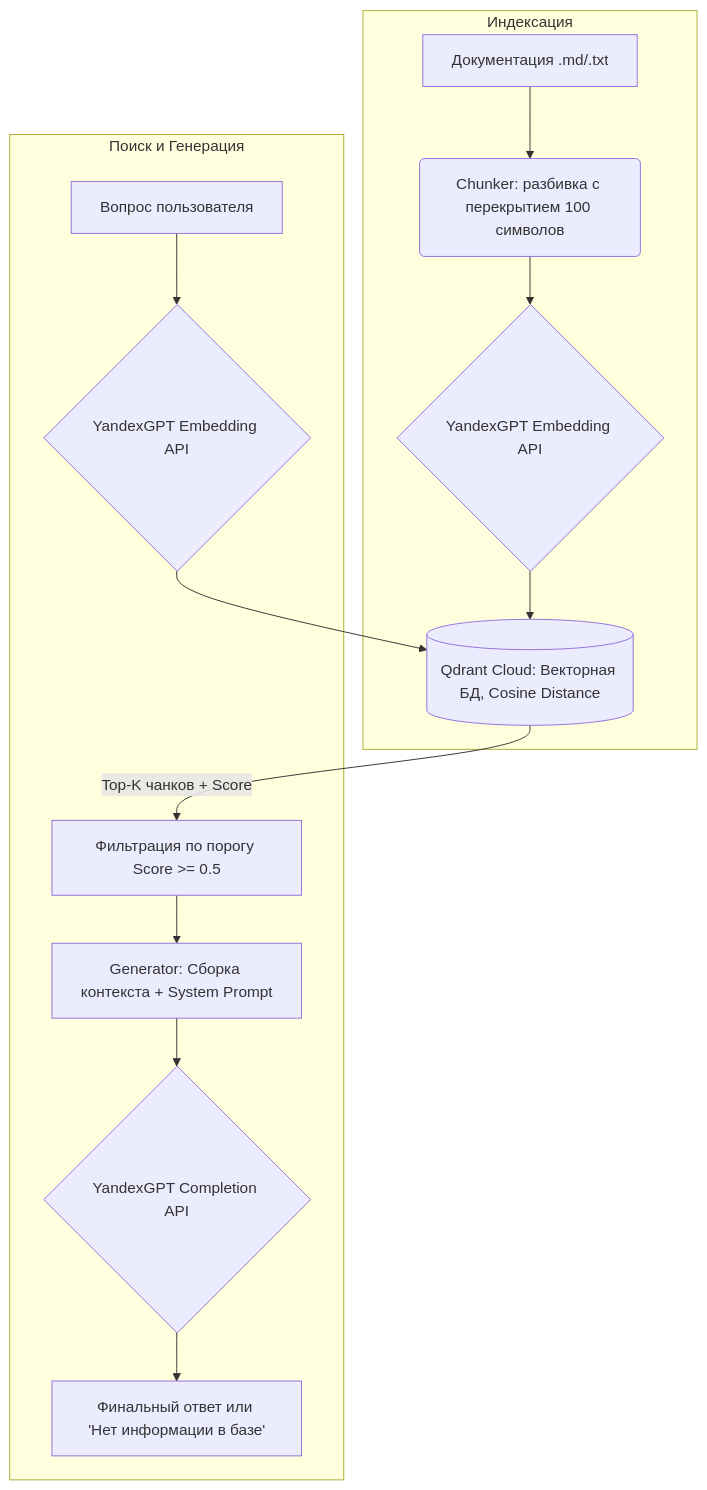
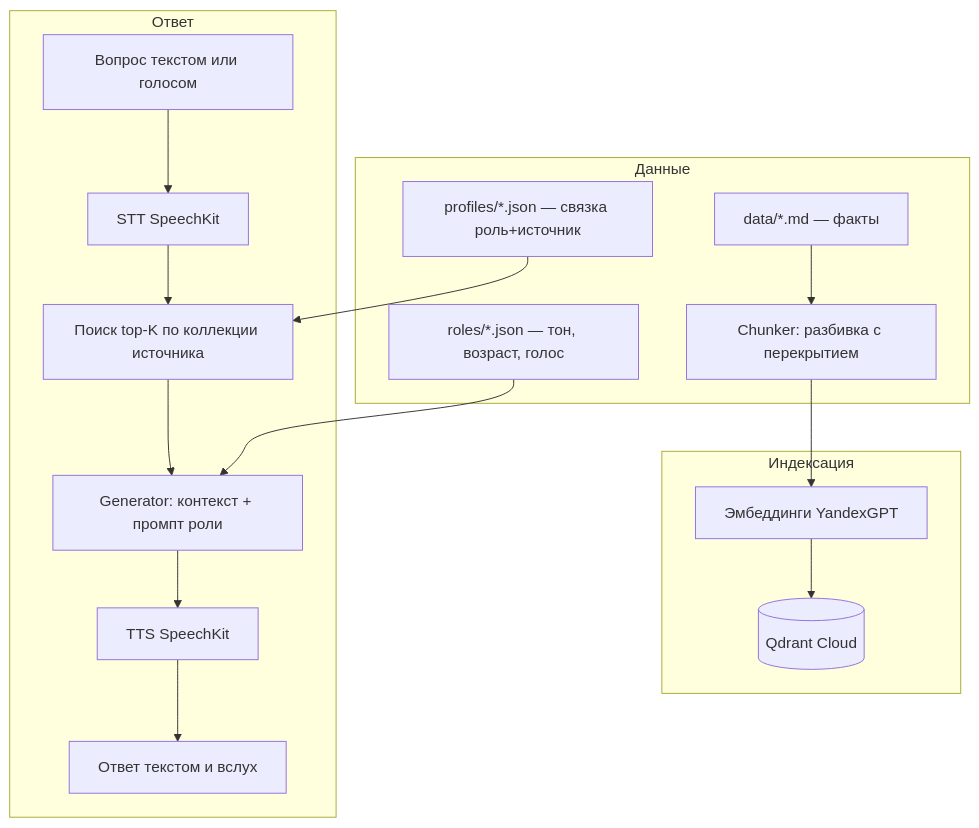
The diagram in README.md (Kris-Tsilik/rag-knowledge-assistant), drawn with Mermaid before and after one commit. The commit also changed other lines of this file, not shown here.

Commit message:
docs: README под конструктор ролей и источников, голос и публичное демо

````diff
--- a/README.md
+++ b/README.md
@@ -9,17 +14,21 @@
 ```mermaid
 graph TD
+    subgraph Данные
+    A1[data/*.md — факты] --> B[Chunker: разбивка с перекрытием]
+    A2[roles/*.json — тон, возраст, голос]
+    A3[profiles/*.json — связка роль+источник]
+    end
     subgraph Индексация
-    A[Документация .md/.txt] --> B(Chunker: разбивка с перекрытием 100 символов)
-    B --> C{YandexGPT Embedding API}
-    C --> D[(Qdrant Cloud: Векторная БД, Cosine Distance)]
+    B --> C[Эмбеддинги YandexGPT]
+    C --> D[(Qdrant Cloud)]
     end
-
-    subgraph Поиск и Генерация
-    E[Вопрос пользователя] --> F{YandexGPT Embedding API}
-    F --> D
-    D -->|Top-K чанков + Score| G[Фильтрация по порогу Score >= 0.5]
-    G --> H[Generator: Сборка контекста + System Prompt]
-    H --> I{YandexGPT Completion API}
-    I --> J[Финальный ответ или 'Нет информации в базе']
+    subgraph Ответ
+    E[Вопрос текстом или голосом] --> F[STT SpeechKit]
+    F --> G[Поиск top-K по коллекции источника]
+    A3 --> G
+    G --> H[Generator: контекст + промпт роли]
+    A2 --> H
+    H --> I[TTS SpeechKit]
+    I --> J[Ответ текстом и вслух]
     end
 ```
````
